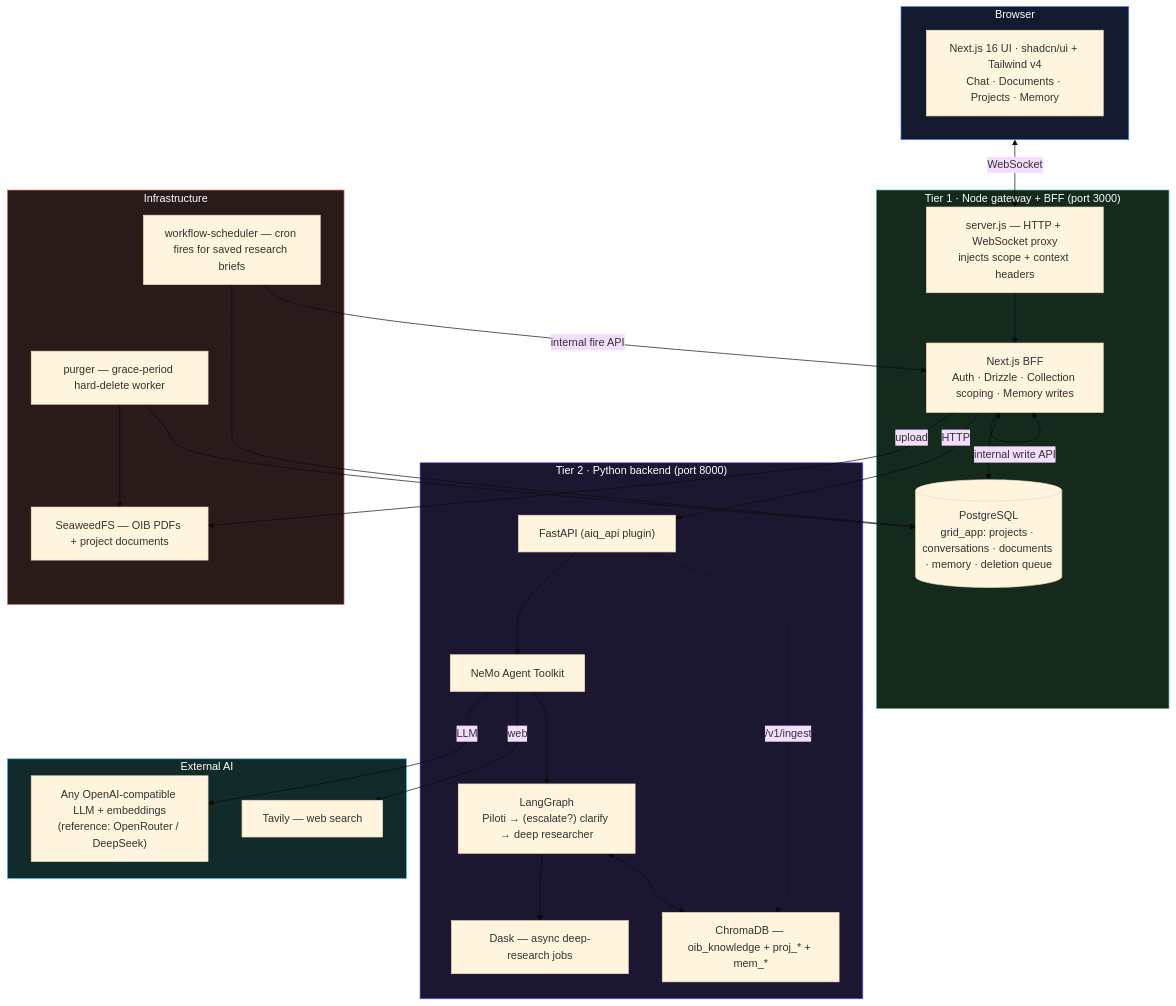
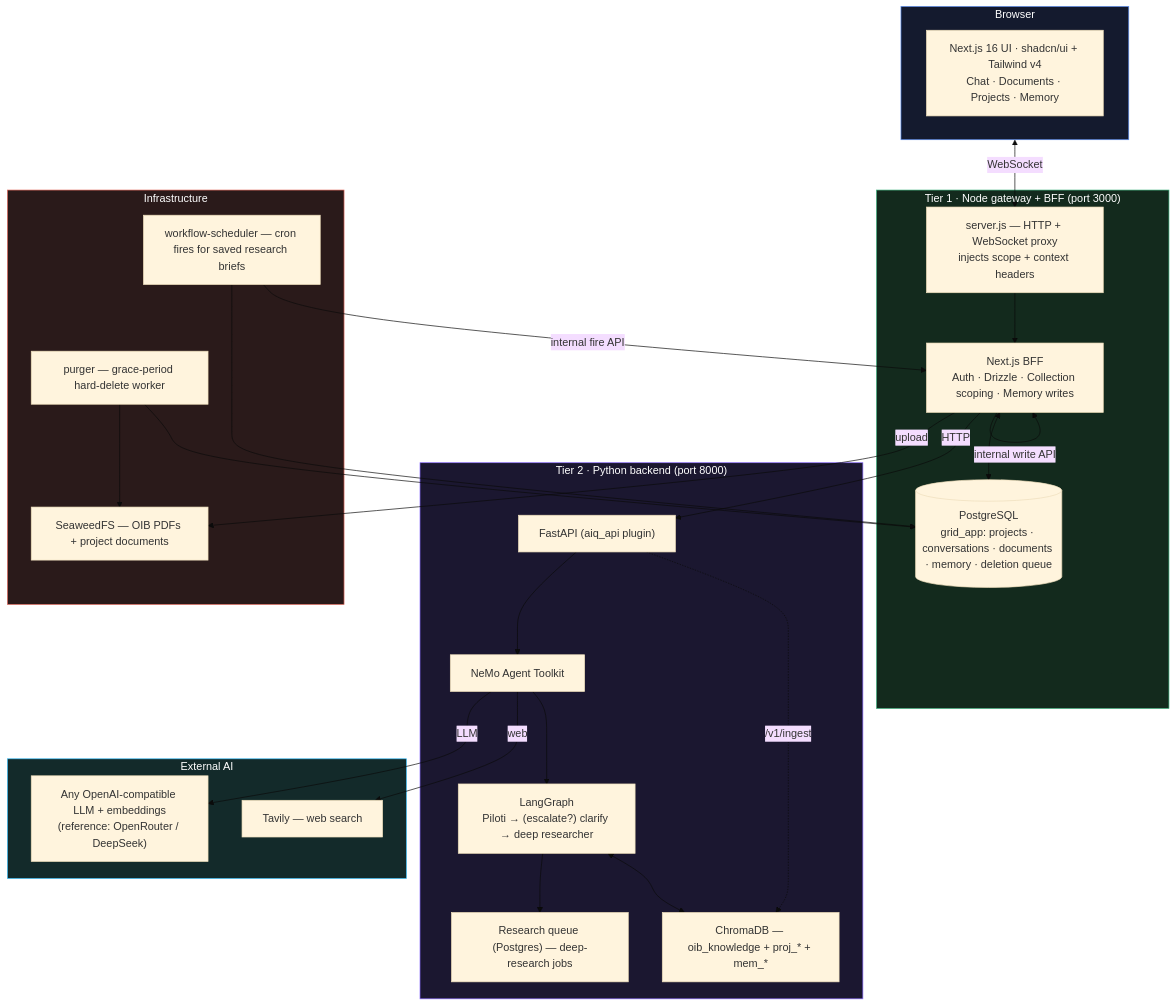
Before and after one commit to GRID-check/grid-oib-agent: the diagram in README.md, drawn with Mermaid (base theme). The commit also changed other lines of this file and 257 other files, not shown here.

````diff
--- a/README.md
+++ b/README.md
@@ -46,53 +46,53 @@
 ```mermaid
 flowchart TB
     subgraph Browser["Browser"]
         UI["Next.js 16 UI · shadcn/ui + Tailwind v4<br/>Chat · Documents · Projects · Memory"]
     end
 
     subgraph Gateway["Tier 1 · Node gateway + BFF (port 3000)"]
         GW["server.js — HTTP + WebSocket proxy<br/>injects scope + context headers"]
         BFF["Next.js BFF<br/>Auth · Drizzle · Collection scoping · Memory writes"]
         DB[(PostgreSQL<br/>grid_app: projects · conversations · documents · memory · deletion queue)]
     end
 
     subgraph Backend["Tier 2 · Python backend (port 8000)"]
         FAST["FastAPI (aiq_api plugin)"]
         NAT["NeMo Agent Toolkit"]
         LG["LangGraph<br/>Piloti → (escalate?) clarify → deep researcher"]
-        DASK["Dask — async deep-research jobs"]
+        JOBS["Research queue (Postgres) — deep-research jobs"]
         CHROMA["ChromaDB — oib_knowledge + proj_* + mem_*"]
     end
 
     subgraph Storage["Infrastructure"]
         SEAWEED["SeaweedFS — OIB PDFs + project documents"]
         PURGER["purger — grace-period hard-delete worker"]
         WFS["workflow-scheduler — cron fires for saved research briefs"]
     end
 
     subgraph External["External AI"]
         OR["Any OpenAI-compatible LLM + embeddings<br/>(reference: OpenRouter / DeepSeek)"]
         TAVILY["Tavily — web search"]
     end
 
     Browser <-->|WebSocket| GW
     GW --> BFF
     BFF <--> DB
     BFF -->|HTTP| FAST
     BFF -->|internal write API| BFF
-    FAST --> NAT --> LG --> DASK
+    FAST --> NAT --> LG --> JOBS
     LG <--> CHROMA
     BFF -->|upload| SEAWEED
     FAST -.->|/v1/ingest| CHROMA
     PURGER --> DB
     PURGER --> SEAWEED
     WFS --> DB
     WFS -->|internal fire API| BFF
     NAT -->|LLM| OR
     NAT -->|web| TAVILY
 
     style Browser fill:#141a2e,stroke:#5b8def,color:#fff
     style Gateway fill:#132a1d,stroke:#3fb27f,color:#fff
     style Backend fill:#1b1730,stroke:#8a6cff,color:#fff
     style Storage fill:#2a1a1a,stroke:#e0685b,color:#fff
     style External fill:#132a2a,stroke:#38bdf8,color:#fff
 ```
````
